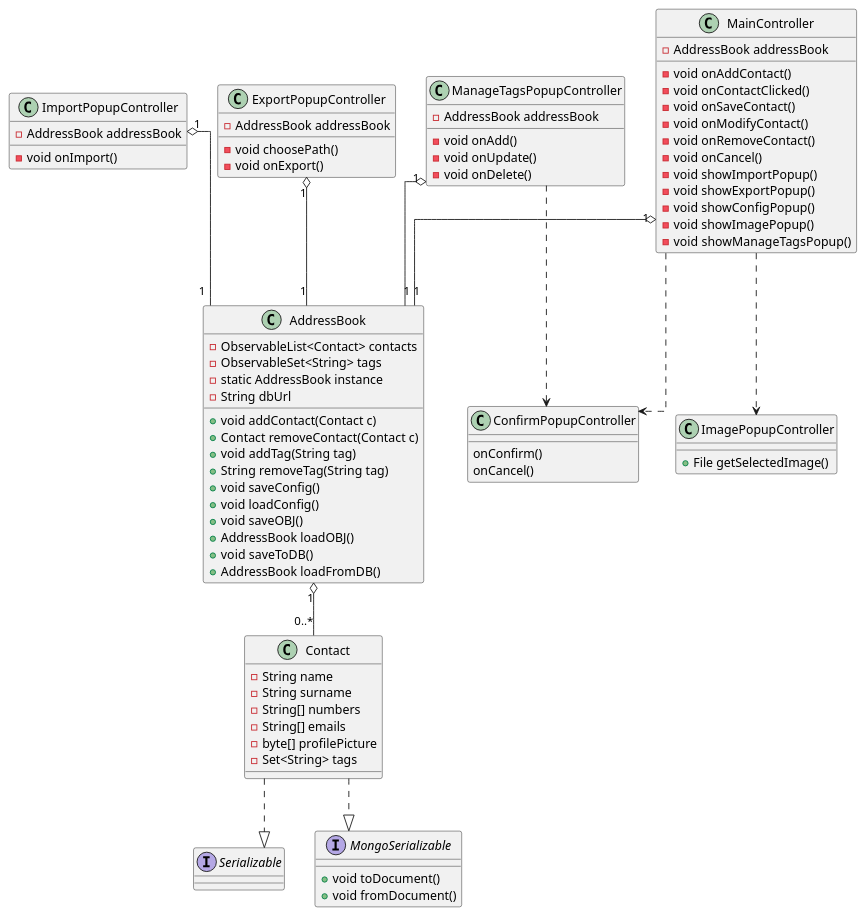
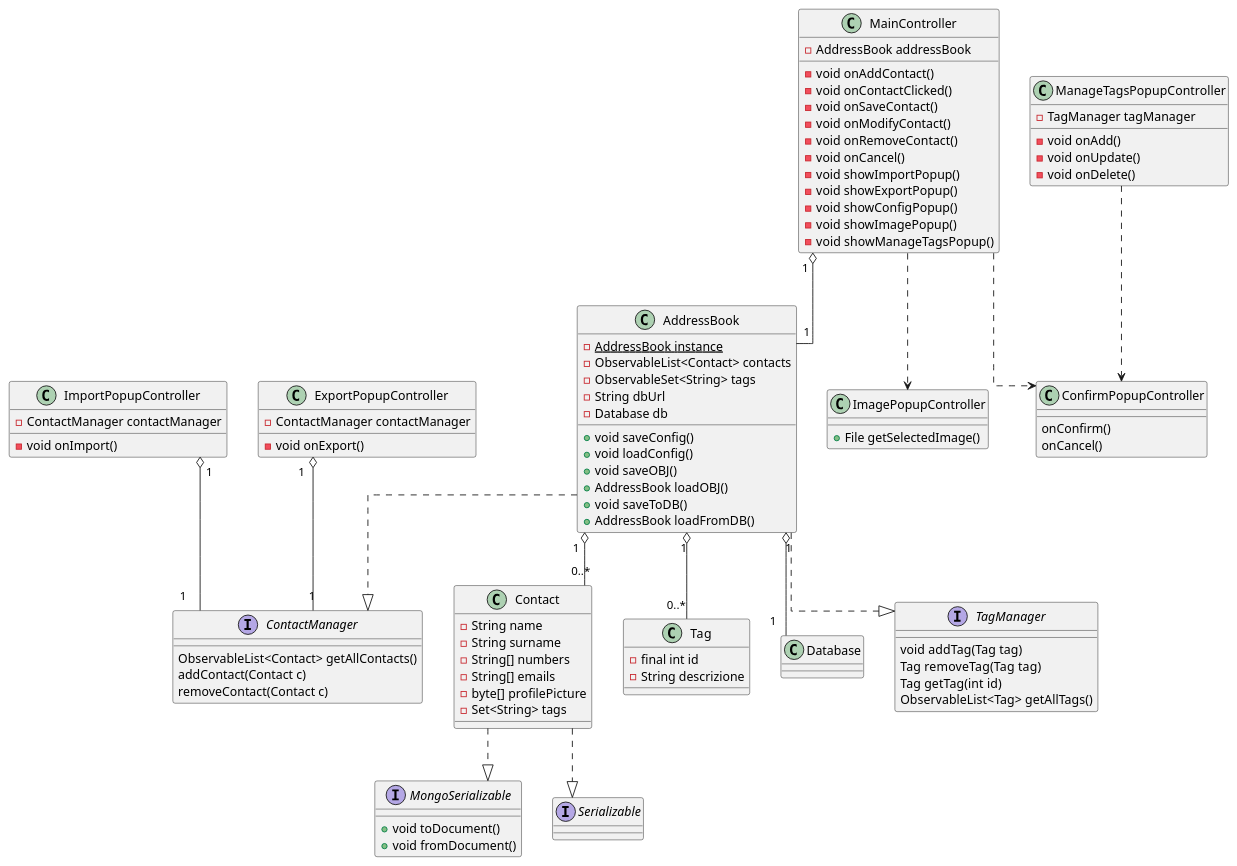
One commit to savaava/ProgettoRubrica changed the diagram in documenti/diagrammaClassiEssenziale.puml. Above: the diagram before and after it, drawn with PlantUML. The commit also changed 2 other files, not shown here.

Commit message:
update diagrammi classi e sequenza C6

```diff
--- a/documenti/diagrammaClassiEssenziale.puml
+++ b/documenti/diagrammaClassiEssenziale.puml
@@ -1,90 +1,118 @@
 @startuml DiagrammaDelleClassiEssenziale
 skinparam linetype ortho
-'top to bottom direction
+'left to right direction
 
+
+'****************** CLASSI ******************
 class Contact {
     - String name 
     - String surname 
     - String[] numbers
     - String[] emails
     - byte[] profilePicture
     - Set<String> tags   
 }
 
-interface Serializable 
-interface MongoSerializable {
-    +void toDocument() 
-    +void fromDocument()
-}
-Contact ..|> MongoSerializable
-Contact ..|> Serializable
-
 class AddressBook {
+    - {static} AddressBook instance
     - ObservableList<Contact> contacts
     - ObservableSet<String> tags
-    - static AddressBook instance
-    - String dbUrl 
-    + void addContact(Contact c)
-    + Contact removeContact(Contact c)
-    + void addTag(String tag)
-    + String removeTag(String tag)
+    - String dbUrl
+    - Database db
+
     + void saveConfig()
     + void loadConfig()
     + void saveOBJ()
     + AddressBook loadOBJ()
     + void saveToDB()
     + AddressBook loadFromDB()    
 }
-AddressBook "1" o-- "0..*" Contact
 
 class MainController {
     - AddressBook addressBook
 
     - void onAddContact()
     - void onContactClicked()
     - void onSaveContact()
     - void onModifyContact()
     - void onRemoveContact()
     - void onCancel()
     - void showImportPopup()
     - void showExportPopup()
     - void showConfigPopup()
     - void showImagePopup()
     - void showManageTagsPopup()
 }
-MainController "1" o-- "1" AddressBook
 
 class ImportPopupController {
-    - AddressBook addressBook
+    - ContactManager contactManager
     - void onImport()
 }
-ImportPopupController "1" o-- "1" AddressBook
 
 class ExportPopupController {
-    - AddressBook addressBook
-    - void choosePath()
+    - ContactManager contactManager
     - void onExport()
 }
-ExportPopupController "1" o-- "1" AddressBook
 
 class ManageTagsPopupController {
-    - AddressBook addressBook
+    - TagManager tagManager
     - void onAdd()
     - void onUpdate()
     - void onDelete()
 }
-ManageTagsPopupController "1" o-- "1" AddressBook
 
 class ImagePopupController {
     + File getSelectedImage()
 }
-MainController ..> ImagePopupController
 
 class ConfirmPopupController {
     onConfirm()
     onCancel()
 }
+
+class Tag {
+    - final int id
+    - String descrizione
+}
+
+class Database {
+
+} 
+
+'****************** INTERFACCE ******************
+interface MongoSerializable {
+    +void toDocument() 
+    +void fromDocument()
+}
+
+interface Serializable
+
+interface TagManager {
+    void addTag(Tag tag)
+    Tag removeTag(Tag tag)
+    Tag getTag(int id)
+    ObservableList<Tag> getAllTags()
+}
+
+interface ContactManager {
+    ObservableList<Contact> getAllContacts()
+    addContact(Contact c)
+    removeContact(Contact c)
+}
+
+'****************** RELAZIONI ******************
+Contact ..|> MongoSerializable
+Contact ..|> Serializable
+AddressBook "1" o-- "0..*" Contact
+MainController "1" o-- "1" AddressBook
+MainController ..> ImagePopupController
 MainController ..> ConfirmPopupController
 ManageTagsPopupController ..> ConfirmPopupController
+AddressBook ..|> TagManager
+AddressBook ..|> ContactManager
+ExportPopupController "1" o-- "1" ContactManager
+ImportPopupController "1" o-- "1" ContactManager
+AddressBook "1" o-- "0..*" Tag
+AddressBook "1" o-- "1" Database
 
 @enduml
```
